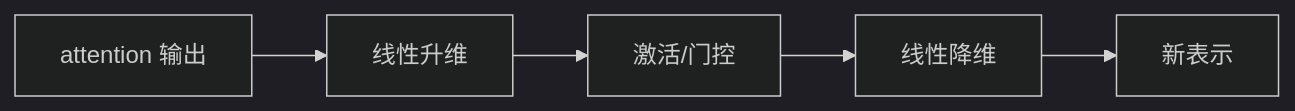
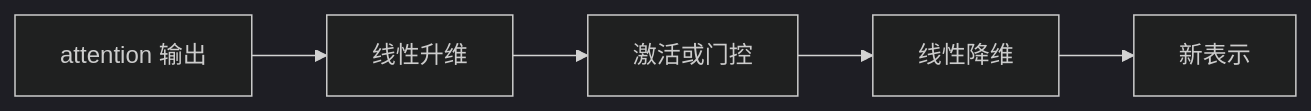
One commit to xiaoqianbaobao/ai-guide changed the second of 4 diagrams in docs/01-llm-foundations/chapter-04-multi-head-and-block.md. Above: the diagram before and after it, drawn with Mermaid (dark theme). The commit also changed other lines of this file and 14 other files, not shown here.

Commit message:
修复前端mermaid语法错误问题

````diff
--- a/docs/01-llm-foundations/chapter-04-multi-head-and-block.md
+++ b/docs/01-llm-foundations/chapter-04-multi-head-and-block.md
@@ -135,7 +135,7 @@
 ```mermaid
 flowchart LR
     A[attention 输出] --> B[线性升维]
-    B --> C[激活/门控]
+    B --> C[激活或门控]
     C --> D[线性降维]
     D --> E[新表示]
 ```
````
